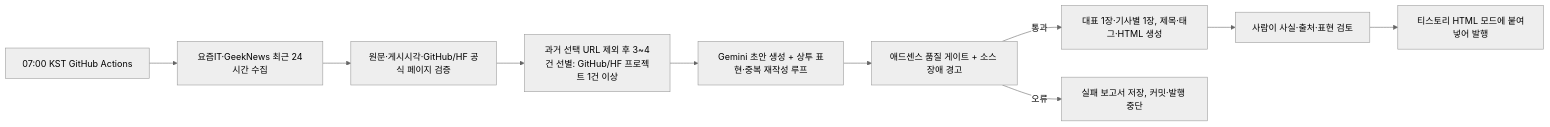
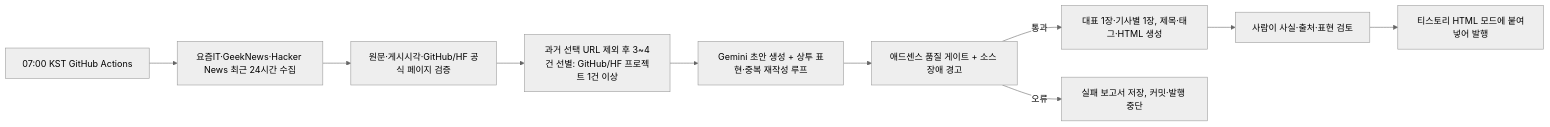
One commit to dongbinr56-maker/tistory_blog changed the diagram in README.md. Above: the diagram before and after it, drawn with Mermaid (neutral theme). The commit also changed other lines of this file and 4 other files, not shown here.

First line of the commit message:
Add a Hacker News collector via the official Algolia API

````diff
--- a/README.md
+++ b/README.md
@@ -14,12 +14,12 @@
 ```mermaid
 flowchart LR
-  A[07:00 KST GitHub Actions] --> B[요즘IT·GeekNews 최근 24시간 수집]
+  A[07:00 KST GitHub Actions] --> B[요즘IT·GeekNews·Hacker News 최근 24시간 수집]
   B --> C[원문·게시시각·GitHub/HF 공식 페이지 검증]
   C --> D[과거 선택 URL 제외 후 3~4건 선별: GitHub/HF 프로젝트 1건 이상]
   D --> E[Gemini 초안 생성 + 상투 표현·중복 재작성 루프]
   E --> F[애드센스 품질 게이트 + 소스 장애 경고]
   F -->|통과| G[대표 1장·기사별 1장, 제목·태그·HTML 생성]
   F -->|오류| H[실패 보고서 저장, 커밋·발행 중단]
   G --> I[사람이 사실·출처·표현 검토]
   I --> J[티스토리 HTML 모드에 붙여넣어 발행]
 ```
````
